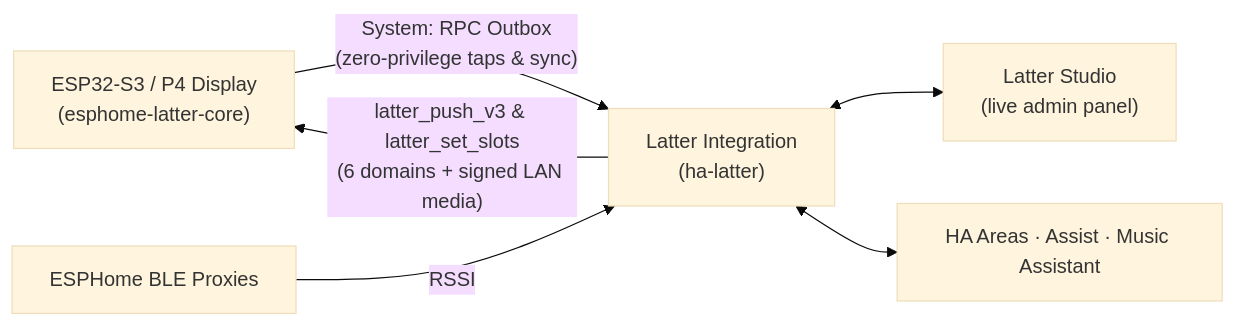
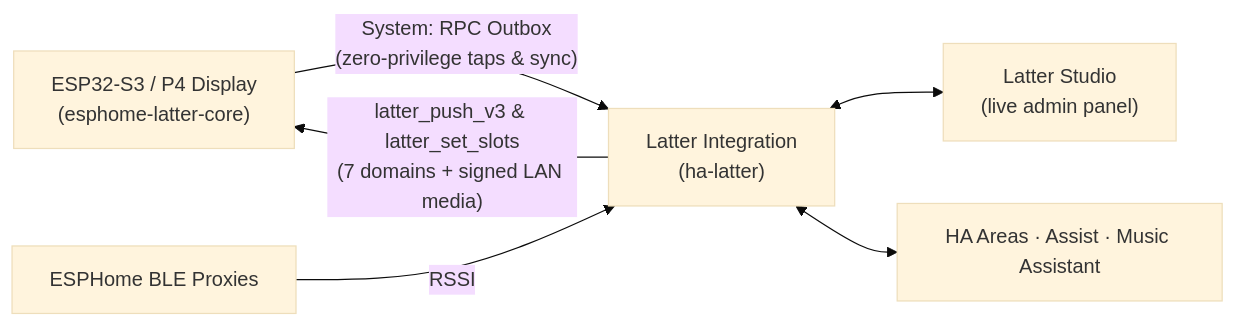
The diagram in README.md (slampton/ha-latter), drawn with Mermaid (base theme) before and after one commit. The commit also changed other lines of this file and 126 other files, not shown here.

````diff
--- a/README.md
+++ b/README.md
@@ -84,8 +84,8 @@
 ```mermaid
 flowchart LR
     DEV["ESP32-S3 / P4 Display<br/>(esphome-latter-core)"] -- "System: RPC Outbox<br/>(zero-privilege taps & sync)" --> HA["Latter Integration<br/>(ha-latter)"]
-    HA -- "latter_push_v3 & latter_set_slots<br/>(6 domains + signed LAN media)" --> DEV
+    HA -- "latter_push_v3 & latter_set_slots<br/>(7 domains + signed LAN media)" --> DEV
     BLE["ESPHome BLE Proxies"] -- "RSSI" --> HA
     HA <--> STUDIO["Latter Studio<br/>(live admin panel)"]
     HA <--> ECOSYS["HA Areas · Assist · Music Assistant"]
 ```
````
